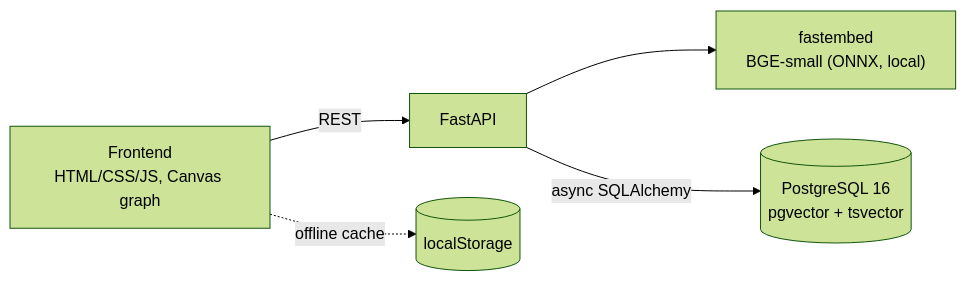
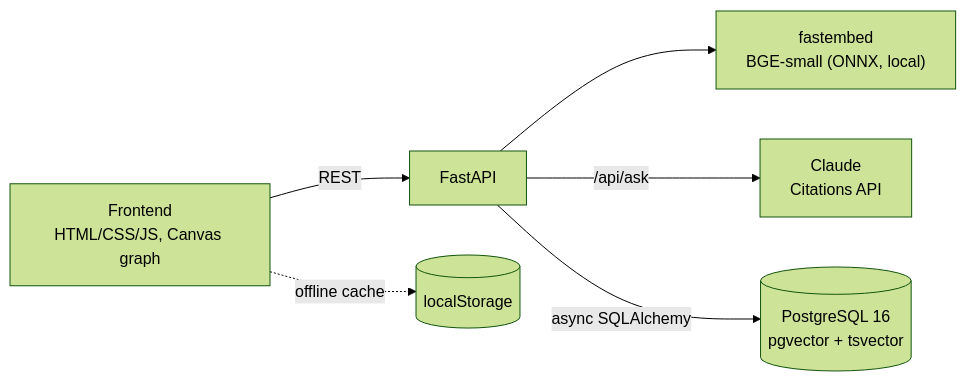
One commit to Sujalranjan/MemBrain changed the diagram in README.md. Above: the diagram before and after it, drawn with Mermaid (forest theme). The commit also changed other lines of this file and 13 other files, not shown here.

Commit message:
feat: add grounded Q&A endpoint and Claude citations integration

````diff
--- a/README.md
+++ b/README.md
@@ -21,7 +22,8 @@
 ```mermaid
 flowchart LR
     UI["Frontend<br/>HTML/CSS/JS, Canvas graph"] -->|REST| API["FastAPI"]
     API --> EMB["fastembed<br/>BGE-small (ONNX, local)"]
+    API -->|"/api/ask"| LLM["Claude<br/>Citations API"]
     API -->|async SQLAlchemy| PG[("PostgreSQL 16<br/>pgvector + tsvector")]
     UI -.->|offline cache| LS[("localStorage")]
 ```
````
